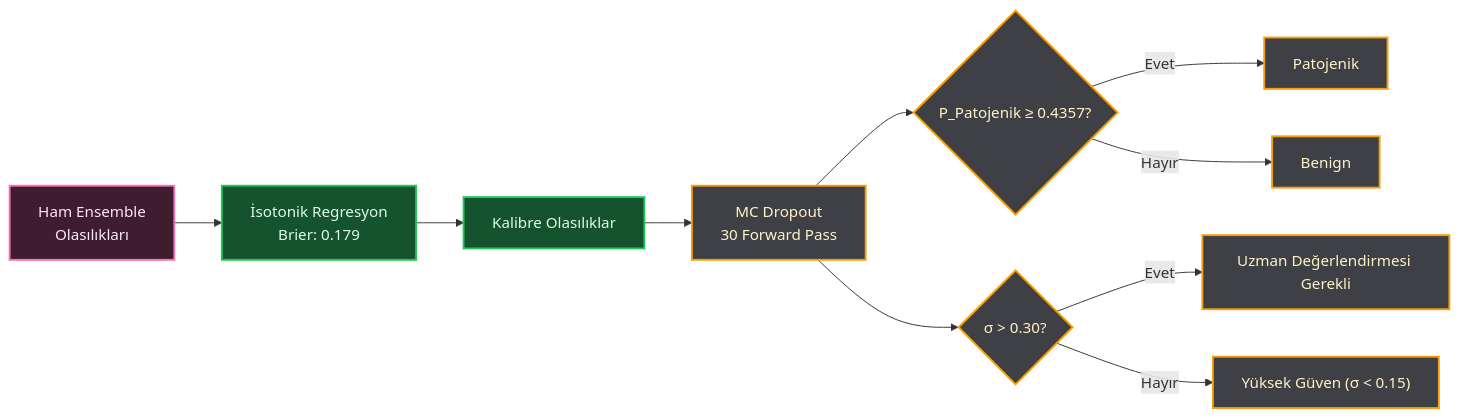
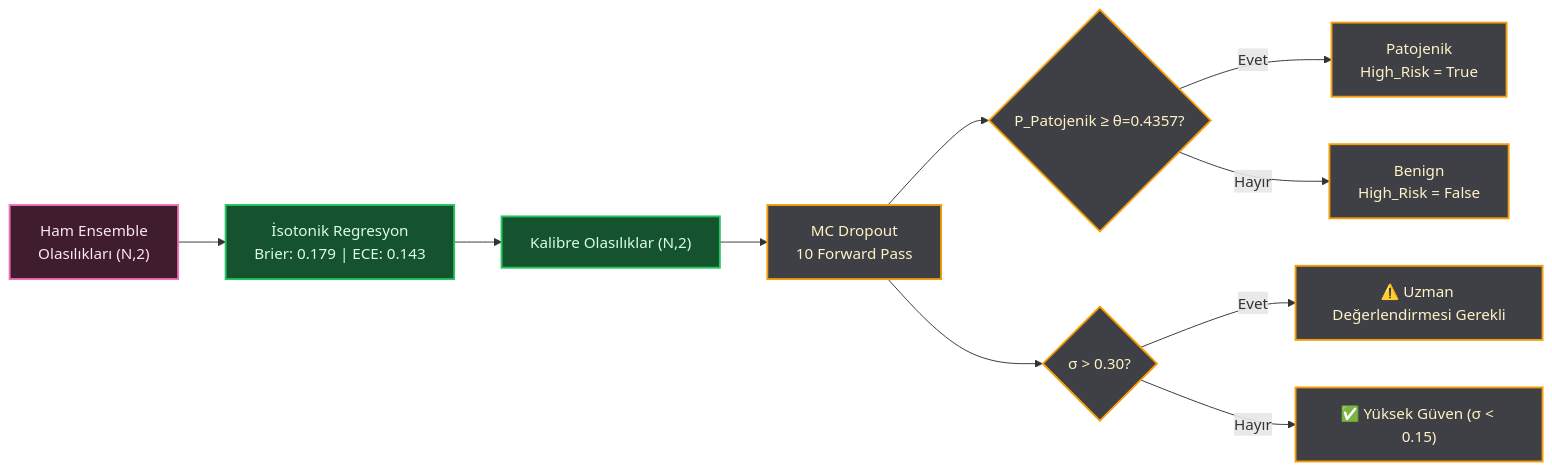
One commit to msgxr/VARIANT-GNN changed the fourth of 6 diagrams in README.md. Above: the diagram before and after it, drawn with Mermaid. The commit also changed other lines of this file, not shown here.

````diff
--- a/README.md
+++ b/README.md
@@ -185,19 +195,19 @@
 ```mermaid
 graph LR
     classDef raw fill:#3f1d2e,stroke:#f472b6,stroke-width:2px,color:#fce7f3
     classDef cal fill:#14532d,stroke:#22c55e,stroke-width:2px,color:#dcfce7
     classDef dec fill:#3f3f46,stroke:#f59e0b,stroke-width:2px,color:#fef3c7
 
-    E["Ham Ensemble\nOlasılıkları"]:::raw
-    E --> ISO["İsotonik Regresyon\nBrier: 0.179"]:::cal
-    ISO --> CAL_OUT["Kalibre Olasılıklar"]:::cal
+    E["Ham Ensemble\nOlasılıkları (N,2)"]:::raw
+    E --> ISO["İsotonik Regresyon\nBrier: 0.179 | ECE: 0.143"]:::cal
+    ISO --> CAL_OUT["Kalibre Olasılıklar (N,2)"]:::cal
 
-    CAL_OUT --> MC_IN["MC Dropout\n30 Forward Pass"]:::dec
-    MC_IN --> THR{"P_Patojenik ≥ 0.4357?"}:::dec
-    THR -- "Evet" --> PAT["Patojenik"]:::dec
-    THR -- "Hayır" --> BEN["Benign"]:::dec
+    CAL_OUT --> MC_IN["MC Dropout\n10 Forward Pass"]:::dec
+    MC_IN --> THR{"P_Patojenik ≥ θ=0.4357?"}:::dec
+    THR -- "Evet" --> PAT["Patojenik\nHigh_Risk = True"]:::dec
+    THR -- "Hayır" --> BEN["Benign\nHigh_Risk = False"]:::dec
 
     MC_IN --> STD{"σ > 0.30?"}:::dec
-    STD -- "Evet" --> FLAG["Uzman Değerlendirmesi Gerekli"]:::dec
-    STD -- "Hayır" --> HIGH["Yüksek Güven (σ < 0.15)"]:::dec
+    STD -- "Evet" --> FLAG["⚠️ Uzman Değerlendirmesi Gerekli"]:::dec
+    STD -- "Hayır" --> HIGH["✅ Yüksek Güven (σ < 0.15)"]:::dec
 ```
````
